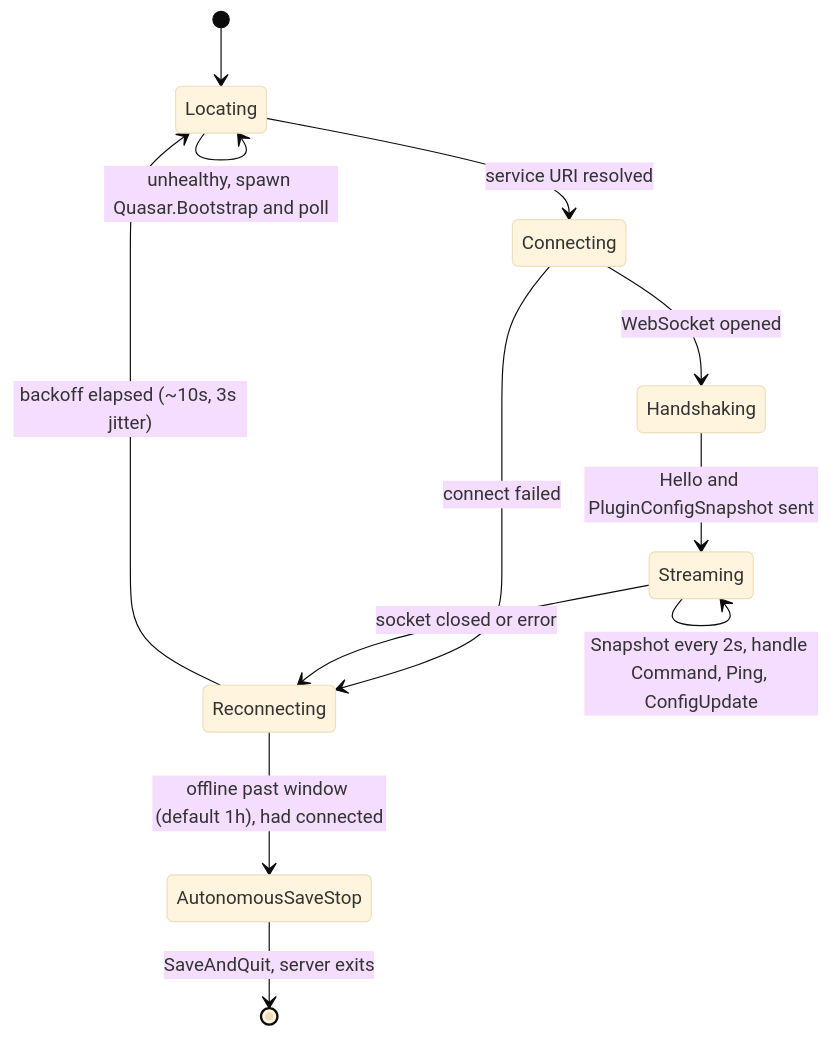
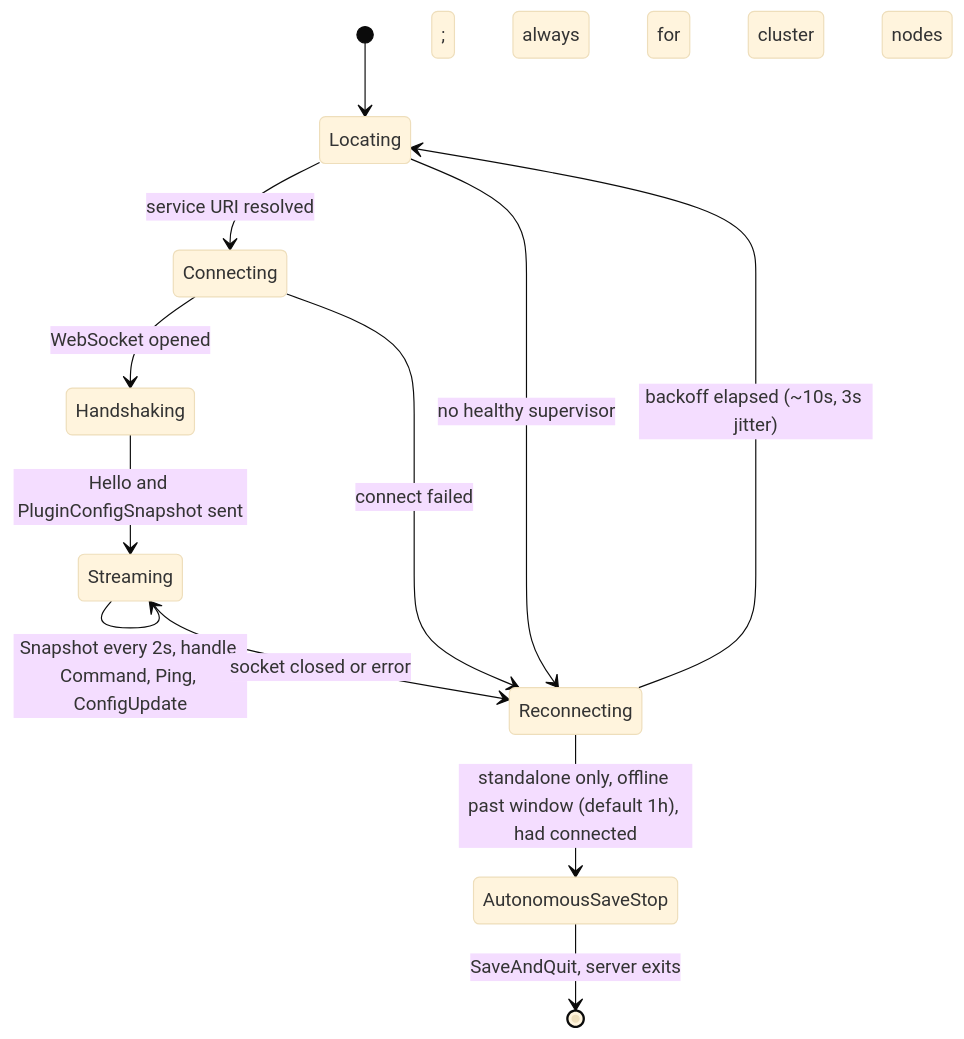
The diagram in Docs/StateMachines/diagrams/agent-connection-client.mmd (CometWorks/quasar), drawn with Mermaid (base theme) before and after one commit. The commit also changed 13 other files, not shown here.

First line of the commit message:
Add safe cluster mode to Quasar.Agent (#136)

```diff
--- a/Docs/StateMachines/diagrams/agent-connection-client.mmd
+++ b/Docs/StateMachines/diagrams/agent-connection-client.mmd
@@ -1,12 +1,12 @@
 stateDiagram-v2
     [*] --> Locating
-    Locating --> Locating: unhealthy, spawn Quasar.Bootstrap and poll
     Locating --> Connecting: service URI resolved
+    Locating --> Reconnecting: no healthy supervisor
     Connecting --> Handshaking: WebSocket opened
     Connecting --> Reconnecting: connect failed
     Handshaking --> Streaming: Hello and PluginConfigSnapshot sent
     Streaming --> Streaming: Snapshot every 2s, handle Command, Ping, ConfigUpdate
     Streaming --> Reconnecting: socket closed or error
-    Reconnecting --> Locating: backoff elapsed (~10s, 3s jitter)
-    Reconnecting --> AutonomousSaveStop: offline past window (default 1h), had connected
+    Reconnecting --> Locating: backoff elapsed (~10s, 3s jitter); always for cluster nodes
+    Reconnecting --> AutonomousSaveStop: standalone only, offline past window (default 1h), had connected
     AutonomousSaveStop --> [*]: SaveAndQuit, server exits
```
